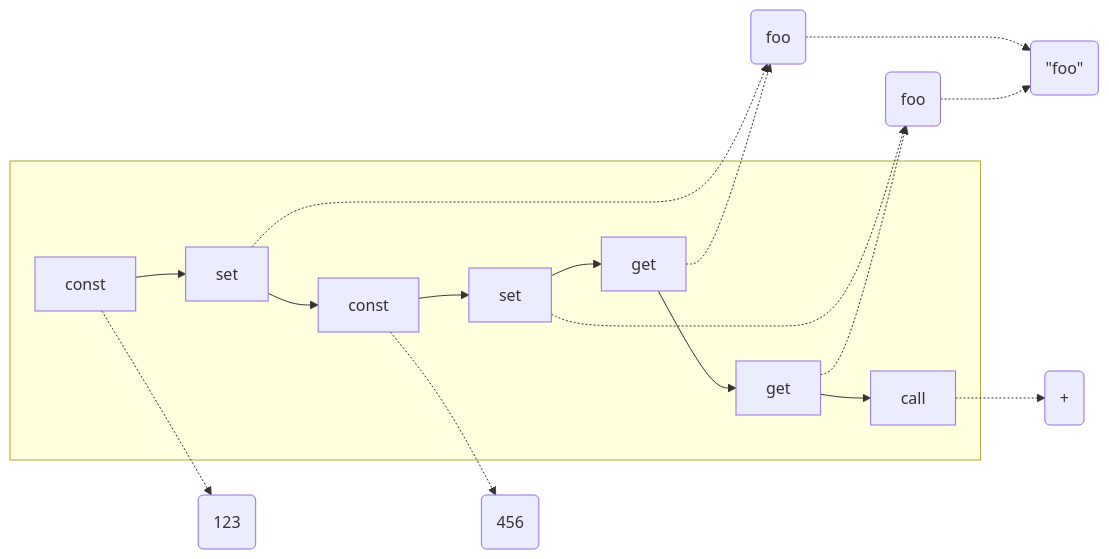
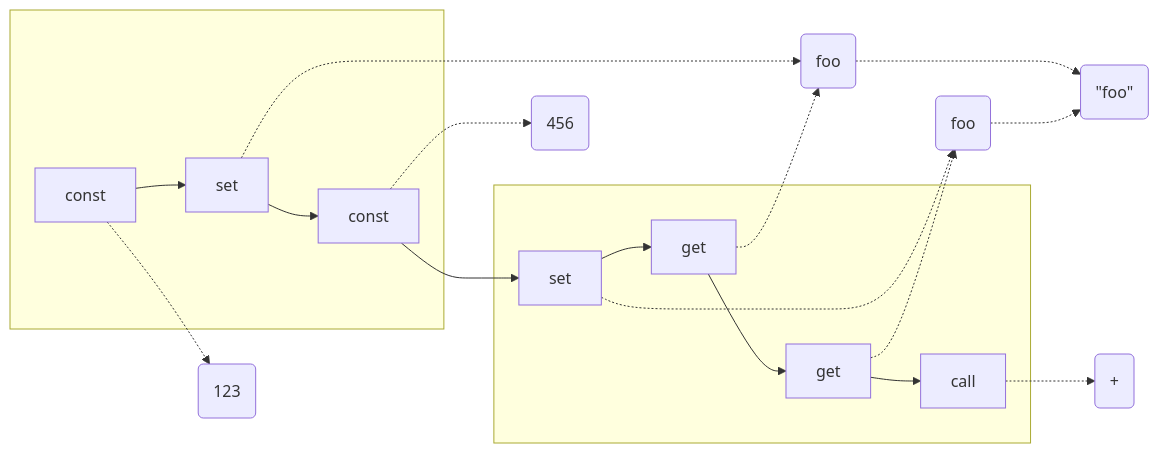
One commit to raviqqe/doc changed the diagram in slides/papers/stak-scheme/library-system.mmd. Above: the diagram before and after it, drawn with Mermaid.

```diff
--- a/slides/papers/stak-scheme/library-system.mmd
+++ b/slides/papers/stak-scheme/library-system.mmd
@@ -1,17 +1,20 @@
 flowchart LR
   c1 -.-> d3(foo)
   c4 -.-> d3
   c3 -.-> d4(foo)
   c5 -.-> d4
   d3 -.-> d2(#quot;foo#quot;)
   d4 -.-> d2
 
-  subgraph s[ ]
+  subgraph s0[ ]
     c0[const] --> c1[set] --> c2
+  end
+
+  subgraph s1[ ]
     c2[const] --> c3[set] --> c4
     c4[get] --> c5[get] --> c6[call]
   end
 
   c0 -.-> d0(123)
   c2 -.-> d1(456)
   c6 -.-> d5(+)
```
